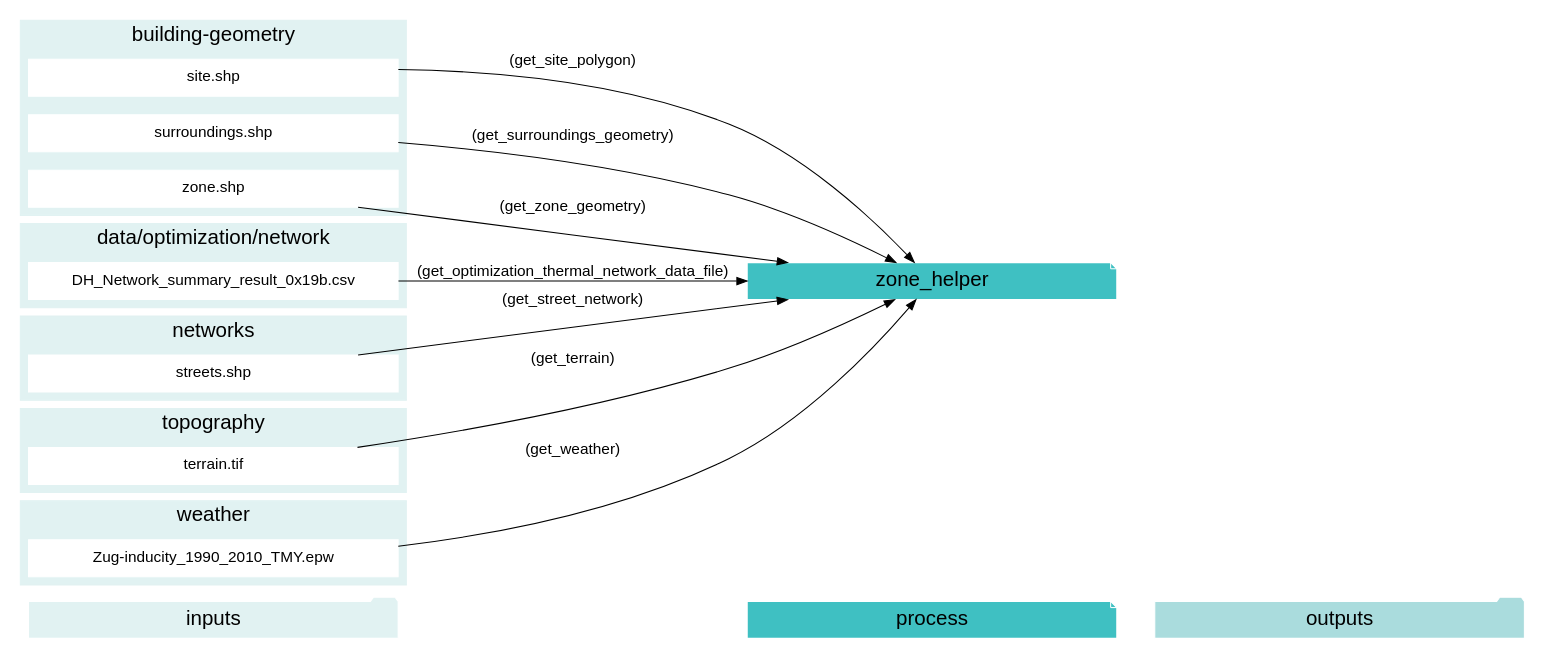
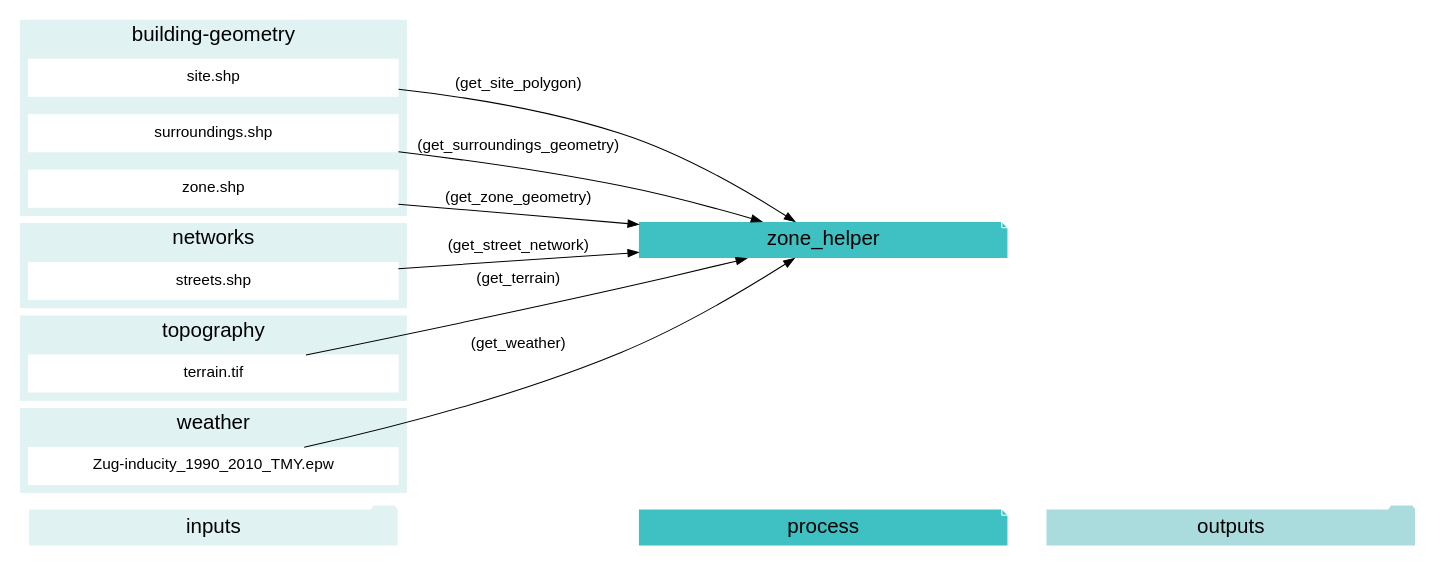
The diagram in docs/graphviz/zone_helper.gv (architecture-building-systems/CityEnergyAnalyst), drawn with Graphviz before and after one commit. The commit also changed 25 other files, not shown here.

Commit message:
working on the graphviz output

```diff
--- a/docs/graphviz/zone_helper.gv
+++ b/docs/graphviz/zone_helper.gv
@@ -1,66 +1,57 @@
 digraph trace_inputlocator {
     rankdir="LR";
     graph [overlap=false, fontname=arial];
     node [shape=box, style=filled, color=white, fontsize=15, fontname=arial, fixedsize=true, width=5];
     edge [fontname=arial, fontsize = 15]
     newrank=true
     subgraph cluster_legend {
     fontsize=25
     style=invis
     "process"[style=filled, fillcolor="#3FC0C2", shape=note, fontsize=20, fontname="arial"]
     "inputs" [style=filled, shape=folder, color=white, fillcolor="#E1F2F2", fontsize=20]
     "outputs"[style=filled, shape=folder, color=white, fillcolor="#aadcdd", fontsize=20]
     "inputs"->"process"[style=invis]
     "process"->"outputs"[style=invis]
     }
     "zone_helper"[style=filled, color=white, fillcolor="#3FC0C2", shape=note, fontsize=20, fontname=arial];
     subgraph cluster_0_in {
         style = filled;
         color = "#E1F2F2";
         fontsize = 20;
         rank=same;
         label="building-geometry";
         "site.shp"
         "surroundings.shp"
         "zone.shp"
     }
     subgraph cluster_1_in {
         style = filled;
         color = "#E1F2F2";
         fontsize = 20;
         rank=same;
-        label="data/optimization/network";
-        "DH_Network_summary_result_0x19b.csv"
-    }
-    subgraph cluster_2_in {
-        style = filled;
-        color = "#E1F2F2";
-        fontsize = 20;
-        rank=same;
         label="networks";
         "streets.shp"
     }
-    subgraph cluster_3_in {
+    subgraph cluster_2_in {
         style = filled;
         color = "#E1F2F2";
         fontsize = 20;
         rank=same;
         label="topography";
         "terrain.tif"
     }
-    subgraph cluster_4_in {
+    subgraph cluster_3_in {
         style = filled;
         color = "#E1F2F2";
         fontsize = 20;
         rank=same;
         label="weather";
         "Zug-inducity_1990_2010_TMY.epw"
     }
-    "DH_Network_summary_result_0x19b.csv" -> "zone_helper"[label="(get_optimization_thermal_network_data_file)"]
     "site.shp" -> "zone_helper"[label="(get_site_polygon)"]
     "streets.shp" -> "zone_helper"[label="(get_street_network)"]
     "surroundings.shp" -> "zone_helper"[label="(get_surroundings_geometry)"]
     "terrain.tif" -> "zone_helper"[label="(get_terrain)"]
     "Zug-inducity_1990_2010_TMY.epw" -> "zone_helper"[label="(get_weather)"]
     "zone.shp" -> "zone_helper"[label="(get_zone_geometry)"]
     }
```
